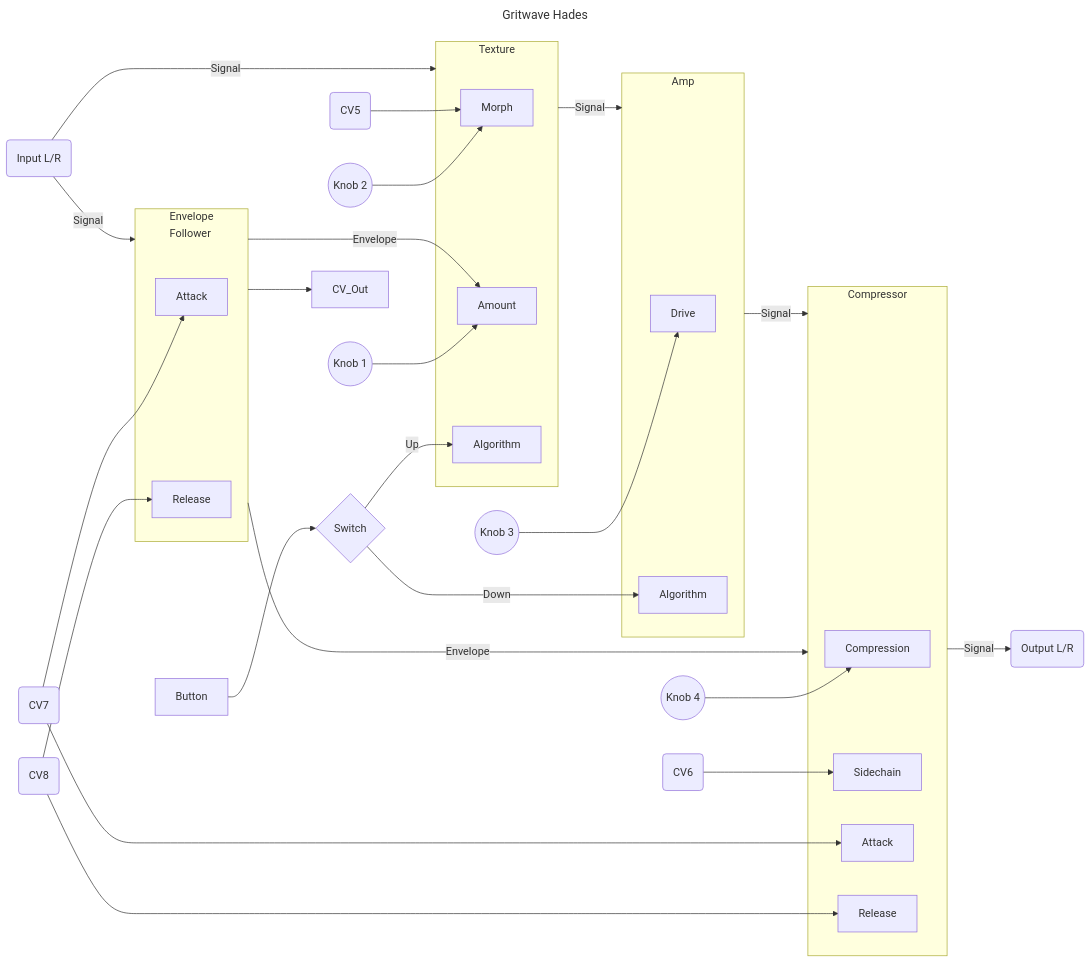
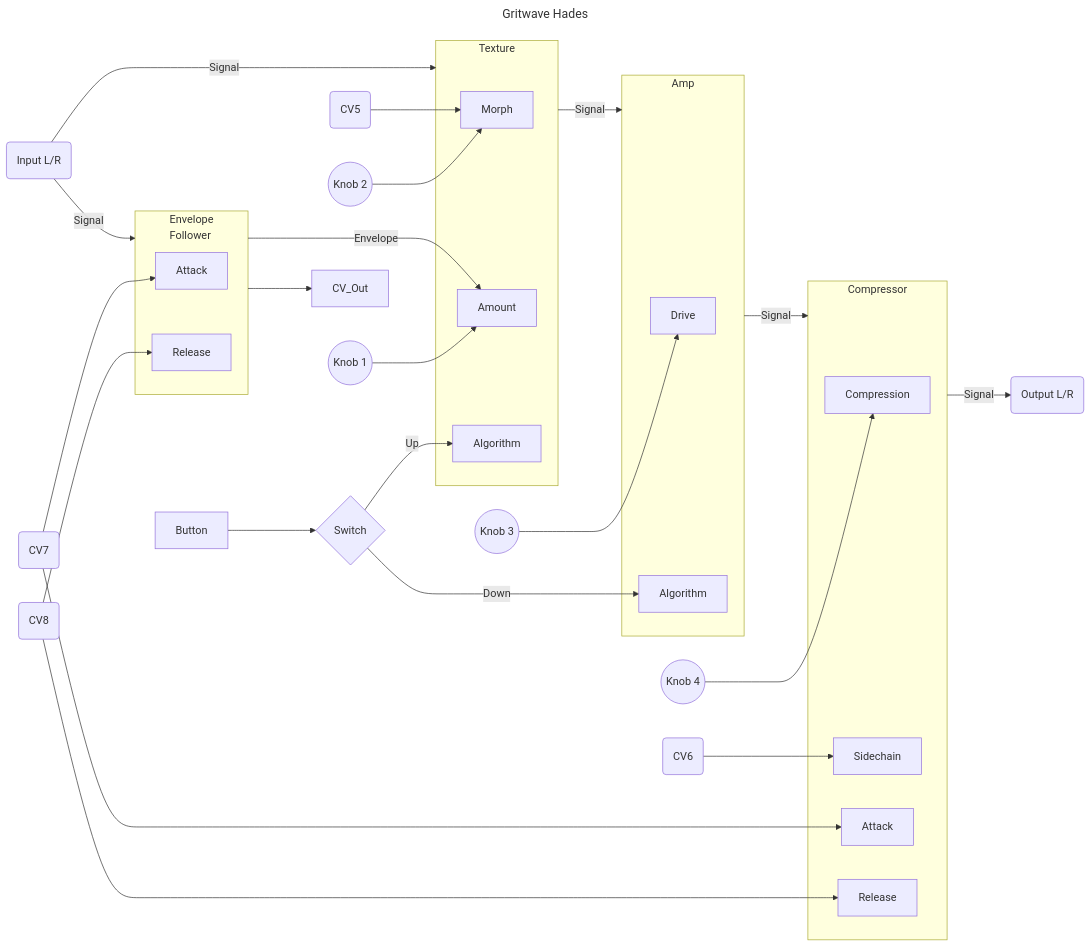
One commit to gritwave/eurorack changed the diagram in src/hades/signal_chain.mmd. Above: the diagram before and after it, drawn with Mermaid.

Commit message:
Fix Hades signal chain diagram

```diff
--- a/src/hades/signal_chain.mmd
+++ b/src/hades/signal_chain.mmd
@@ -1,52 +1,51 @@
 ---
 title: Gritwave Hades
 ---
 graph LR
     subgraph Amp
         Drive
         AlgorithmAmp[Algorithm]
     end
 
     subgraph Envelope[Envelope\nFollower]
         AttackEnv[Attack]
         ReleaseEnv[Release]
     end
 
     subgraph Compressor
         Compression
         Sidechain
         AttackComp[Attack]
         ReleaseComp[Release]
     end
 
     subgraph Texture
         Morph
         Amount
         AlgorithmTexture[Algorithm]
     end
 
     Knob1((Knob 1)) --> Amount
     Knob2((Knob 2)) --> Morph
     Knob3((Knob 3)) --> Drive
     Knob4((Knob 4)) --> Compression
 
     Button --> Switch{Switch}
     Switch --> |Down| AlgorithmAmp
     Switch --> |Up| AlgorithmTexture
 
     CV5(CV5) --> Morph
     CV6(CV6) --> Sidechain
     CV7(CV7) --> AttackEnv
     CV8(CV8) --> ReleaseEnv
     CV7 --> AttackComp
     CV8 --> ReleaseComp
 
     Input(Input L/R) --> |Signal| Envelope
-    Envelope ---> |Envelope| Compressor
     Envelope ---> |Envelope| Amount
     Envelope --> CV_Out
 
     Input --> |Signal| Texture
     Texture --> |Signal| Amp
     Amp --> |Signal| Compressor
     Compressor --> |Signal| Output(Output L/R)
```
